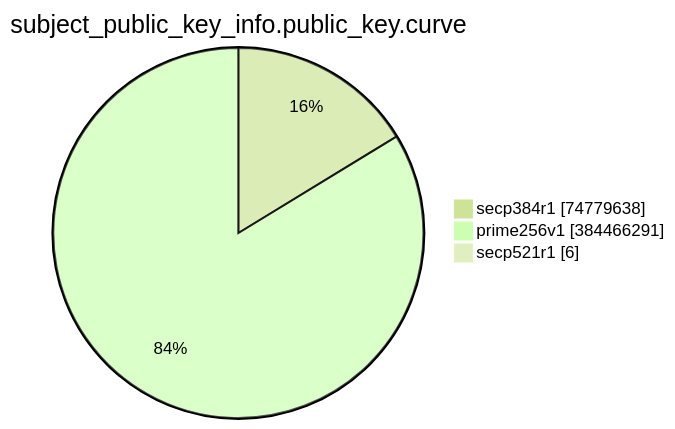
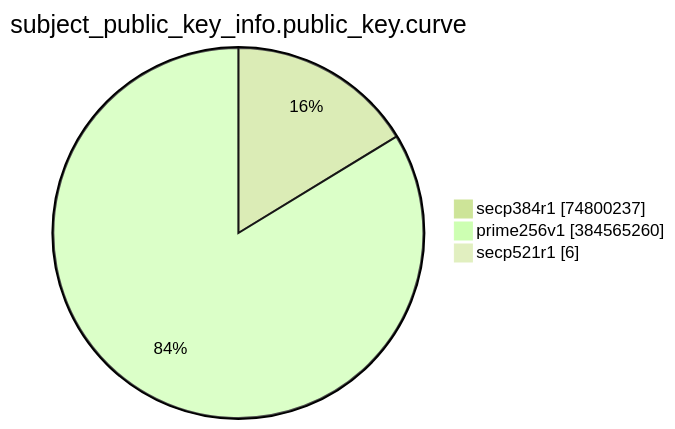
Before and after one commit to christiankrug/ctmonitor_visualization: the eighth of 15 diagrams in TOTAL/README.md, drawn with Mermaid (forest theme). The commit also changed other lines of this file, not shown here.

````diff
--- a/TOTAL/README.md
+++ b/TOTAL/README.md
@@ -3094,7 +3094,7 @@
 ```mermaid
 pie showData
 title subject_public_key_info.public_key.curve
-"secp384r1" :74779638
-"prime256v1" :384466291
+"secp384r1" :74800237
+"prime256v1" :384565260
 "secp521r1" :6
 ```
````
